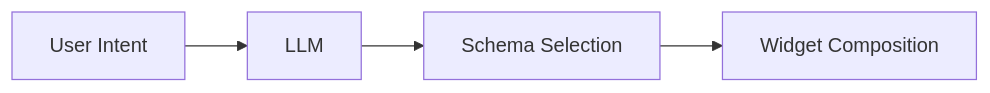
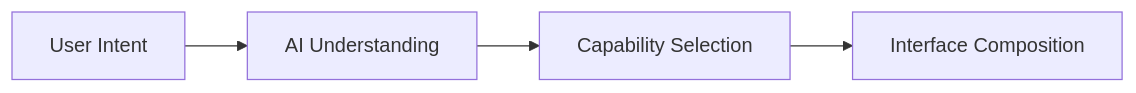
Before and after one commit to leoafarias/gen-ui-talk: the diagram in fleeting_interface/slides.md, drawn with Mermaid. The commit also changed other lines of this file, not shown here.

Commit message:
feat: Revise presentation slides for clarity and intent-driven design concepts

````diff
--- a/fleeting_interface/slides.md
+++ b/fleeting_interface/slides.md
@@ -189,6 +203,6 @@
 ```mermaid
 flowchart LR
-    A[User Intent] --> B[LLM]
-    B --> C[Schema Selection]
-    C --> D[Widget Composition]
+    A[User Intent] --> B[AI Understanding]
+    B --> C[Capability Selection]
+    C --> D[Interface Composition]
 ```
````
